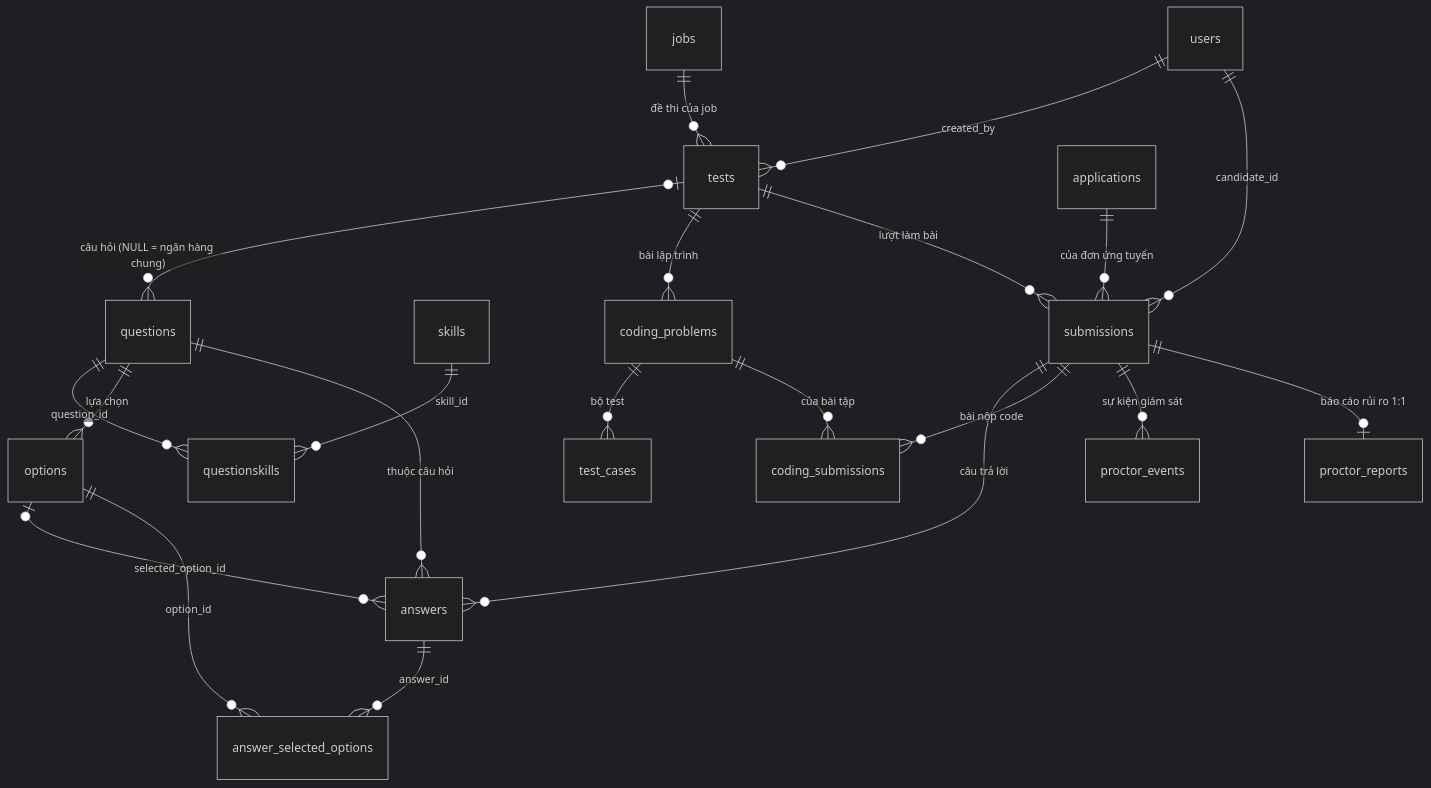
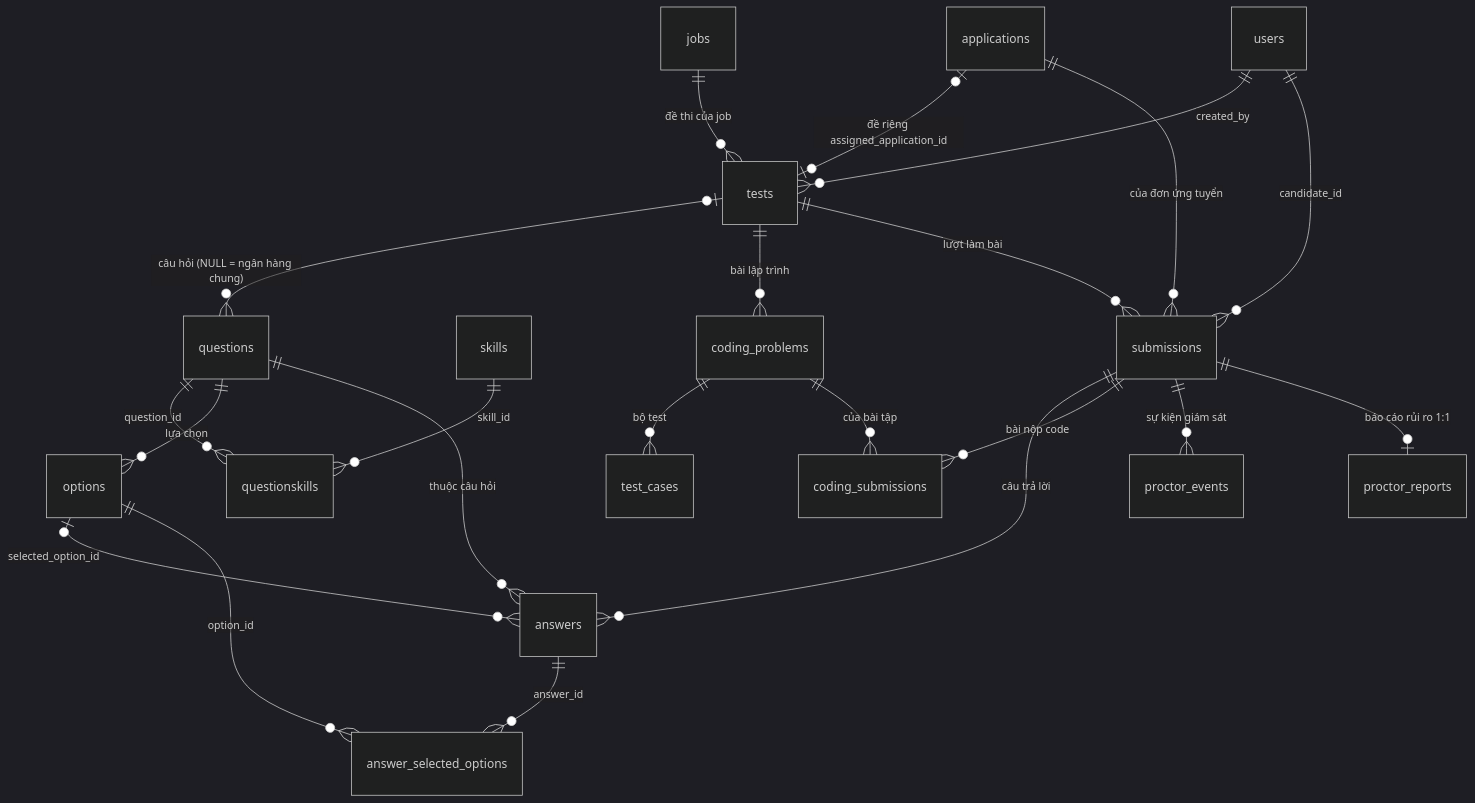
One commit to hieupnh12/SmartHire-AI changed the seventh of 11 diagrams in docs/database/README.md. Above: the diagram before and after it, drawn with Mermaid (dark theme). The commit also changed other lines of this file and 106 other files, not shown here.

````diff
--- a/docs/database/README.md
+++ b/docs/database/README.md
@@ -462,27 +472,28 @@
 ```mermaid
 erDiagram
     jobs ||--o{ tests : "đề thi của job"
+    applications |o--o| tests : "đề riêng assigned_application_id"
     users ||--o{ tests : "created_by"
     tests |o--o{ questions : "câu hỏi (NULL = ngân hàng chung)"
     questions ||--o{ questionskills : "question_id"
     skills ||--o{ questionskills : "skill_id"
     questions ||--o{ options : "lựa chọn"
     tests ||--o{ coding_problems : "bài lập trình"
     coding_problems ||--o{ test_cases : "bộ test"
 
     tests ||--o{ submissions : "lượt làm bài"
     applications ||--o{ submissions : "của đơn ứng tuyển"
     users ||--o{ submissions : "candidate_id"
 
     submissions ||--o{ answers : "câu trả lời"
     questions ||--o{ answers : "thuộc câu hỏi"
     options |o--o{ answers : "selected_option_id"
     answers ||--o{ answer_selected_options : "answer_id"
     options ||--o{ answer_selected_options : "option_id"
 
     submissions ||--o{ coding_submissions : "bài nộp code"
     coding_problems ||--o{ coding_submissions : "của bài tập"
 
     submissions ||--o{ proctor_events : "sự kiện giám sát"
     submissions ||--o| proctor_reports : "báo cáo rủi ro 1:1"
 ```
````
